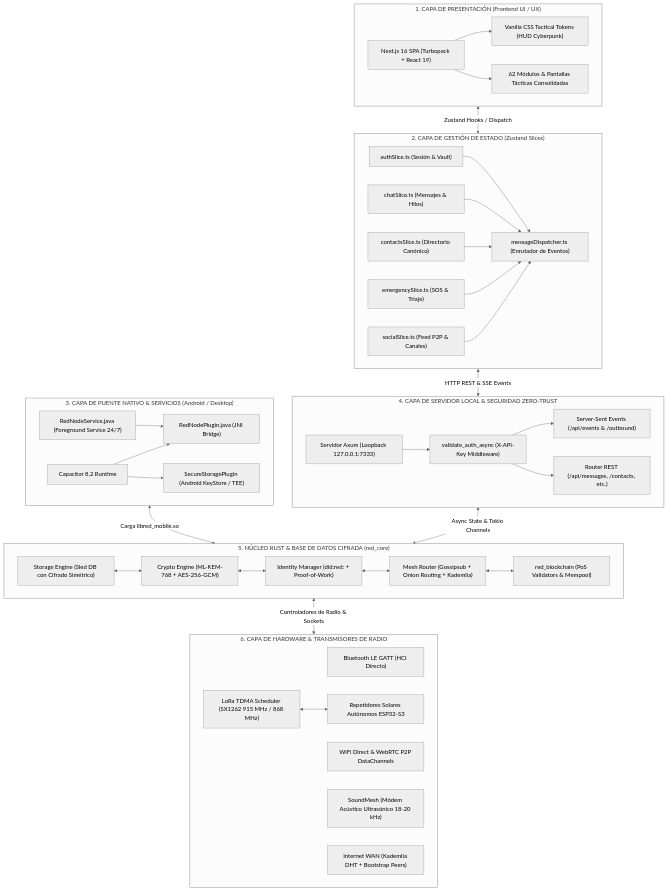
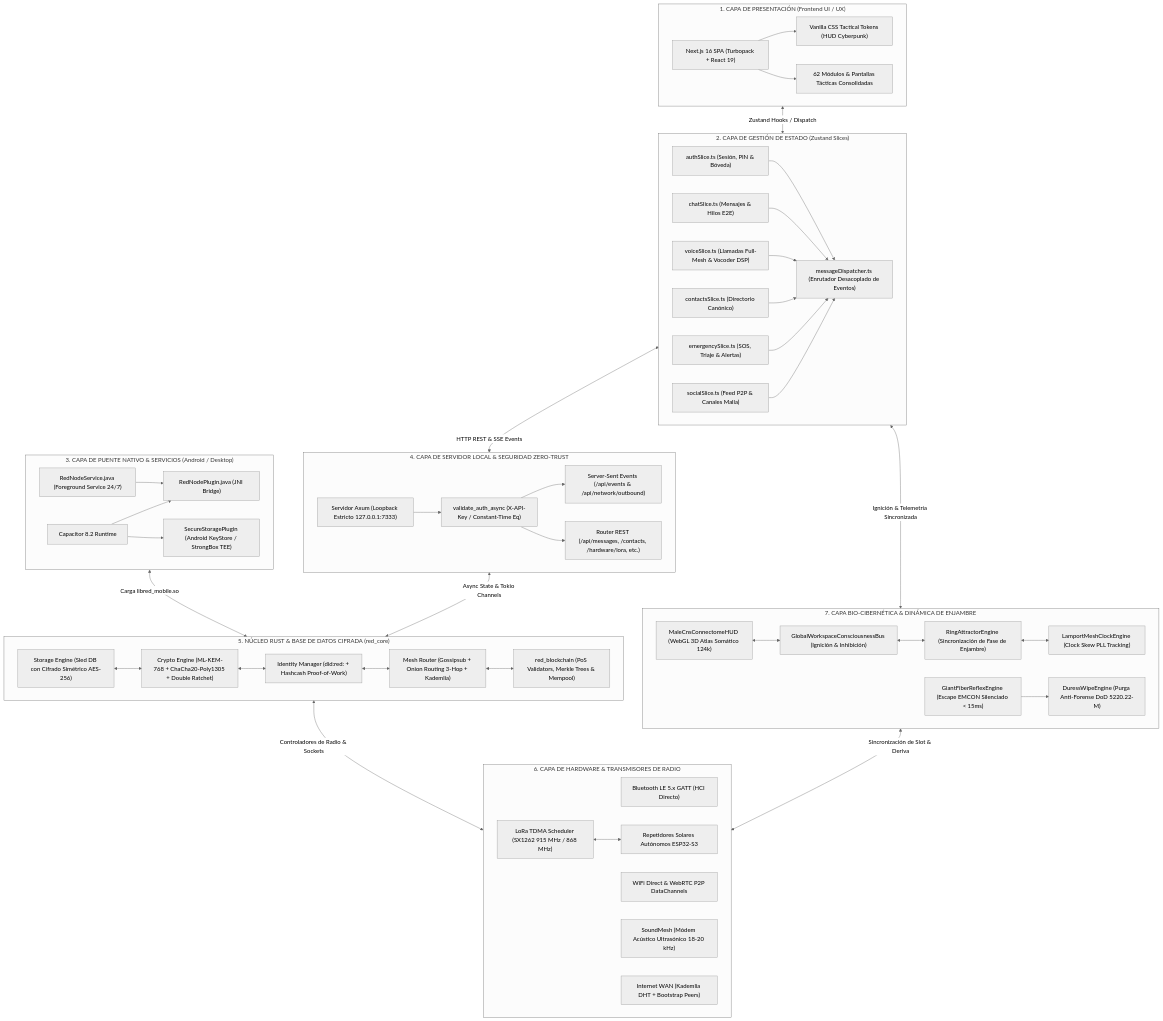
The first of 9 diagrams in ARCHITECTURE.md (DarckRovert/RED), drawn with Mermaid (neutral theme) before and after one commit. The commit also changed other lines of this file and 15 other files, not shown here.

````diff
--- a/ARCHITECTURE.md
+++ b/ARCHITECTURE.md
@@ -33,25 +34,41 @@
     end
 
     subgraph CAPA_2_ESTADO ["2. CAPA DE GESTIÓN DE ESTADO (Zustand Slices)"]
-        Z_AUTH["authSlice.ts (Sesión & Vault)"]
-        Z_CHAT["chatSlice.ts (Mensajes & Hilos)"]
+        Z_AUTH["authSlice.ts (Sesión, PIN & Bóveda)"]
+        Z_CHAT["chatSlice.ts (Mensajes & Hilos E2E)"]
+        Z_VOICE["voiceSlice.ts (Llamadas Full-Mesh & Vocoder DSP)"]
         Z_CONTACTS["contactsSlice.ts (Directorio Canónico)"]
-        Z_EMERGENCY["emergencySlice.ts (SOS & Triaje)"]
-        Z_SOCIAL["socialSlice.ts (Feed P2P & Canales)"]
-        DISPATCHER["messageDispatcher.ts (Enrutador de Eventos)"]
+        Z_EMERGENCY["emergencySlice.ts (SOS, Triaje & Alertas)"]
+        Z_SOCIAL["socialSlice.ts (Feed P2P & Canales Malla)"]
+        DISPATCHER["messageDispatcher.ts (Enrutador Desacoplado de Eventos)"]
         
         Z_AUTH --> DISPATCHER
         Z_CHAT --> DISPATCHER
+        Z_VOICE --> DISPATCHER
         Z_CONTACTS --> DISPATCHER
         Z_EMERGENCY --> DISPATCHER
         Z_SOCIAL --> DISPATCHER
+    end
+
+    subgraph CAPA_7_BIOCIBERNETICA ["7. CAPA BIO-CIBERNÉTICA & DINÁMICA DE ENJAMBRE"]
+        CONNECTOME["MaleCnsConnectomeHUD (WebGL 3D Atlas Somático 124k)"]
+        GNWT_BUS["GlobalWorkspaceConsciousnessBus (Ignición & Inhibición)"]
+        KURAMOTO["RingAttractorEngine (Sincronización de Fase de Enjambre)"]
+        GIANT_FIBER["GiantFiberReflexEngine (Escape EMCON Silenciado < 15ms)"]
+        LAMPORT_PLL["LamportMeshClockEngine (Clock Skew PLL Tracking)"]
+        DURESS_WIPE["DuressWipeEngine (Purga Anti-Forense DoD 5220.22-M)"]
+        
+        CONNECTOME <--> GNWT_BUS
+        GNWT_BUS <--> KURAMOTO
+        KURAMOTO <--> LAMPORT_PLL
+        GIANT_FIBER --> DURESS_WIPE
     end
 
     subgraph CAPA_3_PUENTE ["3. CAPA DE PUENTE NATIVO & SERVICIOS (Android / Desktop)"]
         CAP_BRIDGE["Capacitor 8.2 Runtime"]
         JNI_PLUGIN["RedNodePlugin.java (JNI Bridge)"]
         BG_SERVICE["RedNodeService.java (Foreground Service 24/7)"]
-        SEC_STORE["SecureStoragePlugin (Android KeyStore / TEE)"]
+        SEC_STORE["SecureStoragePlugin (Android KeyStore / StrongBox TEE)"]
         
         CAP_BRIDGE --> JNI_PLUGIN
         CAP_BRIDGE --> SEC_STORE
@@ -59,10 +76,10 @@
     end
 
     subgraph CAPA_4_SERVIDOR ["4. CAPA DE SERVIDOR LOCAL & SEGURIDAD ZERO-TRUST"]
-        AXUM_SRV["Servidor Axum (Loopback 127.0.0.1:7333)"]
-        AUTH_MW["validate_auth_async (X-API-Key Middleware)"]
-        SSE_STREAM["Server-Sent Events (/api/events & /outbound)"]
-        REST_ROUTES["Router REST (/api/messages, /contacts, etc.)"]
+        AXUM_SRV["Servidor Axum (Loopback Estricto 127.0.0.1:7333)"]
+        AUTH_MW["validate_auth_async (X-API-Key / Constant-Time Eq)"]
+        SSE_STREAM["Server-Sent Events (/api/events & /api/network/outbound)"]
+        REST_ROUTES["Router REST (/api/messages, /contacts, /hardware/lora, etc.)"]
         
         AXUM_SRV --> AUTH_MW
         AUTH_MW --> SSE_STREAM
@@ -70,11 +87,11 @@
     end
 
     subgraph CAPA_5_RUST_CORE ["5. NÚCLEO RUST & BASE DE DATOS CIFRADA (red_core)"]
-        RUST_STORAGE["Storage Engine (Sled DB con Cifrado Simétrico)"]
-        RUST_CRYPTO["Crypto Engine (ML-KEM-768 + AES-256-GCM)"]
-        RUST_IDENTITY["Identity Manager (did:red: + Proof-of-Work)"]
-        RUST_MESH["Mesh Router (Gossipsub + Onion Routing + Kademlia)"]
-        RUST_BLOCKCHAIN["red_blockchain (PoS Validators & Mempool)"]
+        RUST_STORAGE["Storage Engine (Sled DB con Cifrado Simétrico AES-256)"]
+        RUST_CRYPTO["Crypto Engine (ML-KEM-768 + ChaCha20-Poly1305 + Double Ratchet)"]
+        RUST_IDENTITY["Identity Manager (did:red: + Hashcash Proof-of-Work)"]
+        RUST_MESH["Mesh Router (Gossipsub + Onion Routing 3-Hop + Kademlia)"]
+        RUST_BLOCKCHAIN["red_blockchain (PoS Validators, Merkle Trees & Mempool)"]
         
         RUST_STORAGE <--> RUST_CRYPTO
         RUST_CRYPTO <--> RUST_IDENTITY
@@ -83,7 +100,7 @@
     end
 
     subgraph CAPA_6_HARDWARE ["6. CAPA DE HARDWARE & TRANSMISORES DE RADIO"]
-        BLE_RADIO["Bluetooth LE GATT (HCI Directo)"]
+        BLE_RADIO["Bluetooth LE 5.x GATT (HCI Directo)"]
         WIFI_RADIO["WiFi Direct & WebRTC P2P DataChannels"]
         TDMA_LORA["LoRa TDMA Scheduler (SX1262 915 MHz / 868 MHz)"]
         SOLAR_FLEET["Repetidores Solares Autónomos ESP32-S3"]
@@ -94,8 +111,10 @@
     end
 
     CAPA_1_PRESENTACION <-->|"Zustand Hooks / Dispatch"| CAPA_2_ESTADO
+    CAPA_2_ESTADO <-->|"Ignición & Telemetría Sincronizada"| CAPA_7_BIOCIBERNETICA
     CAPA_2_ESTADO <-->|"HTTP REST & SSE Events"| CAPA_4_SERVIDOR
     CAPA_3_PUENTE <-->|"Carga libred_mobile.so"| CAPA_5_RUST_CORE
     CAPA_4_SERVIDOR <-->|"Async State & Tokio Channels"| CAPA_5_RUST_CORE
     CAPA_5_RUST_CORE <-->|"Controladores de Radio & Sockets"| CAPA_6_HARDWARE
+    CAPA_7_BIOCIBERNETICA <-->|"Sincronización de Slot & Deriva"| CAPA_6_HARDWARE
 ```
````
